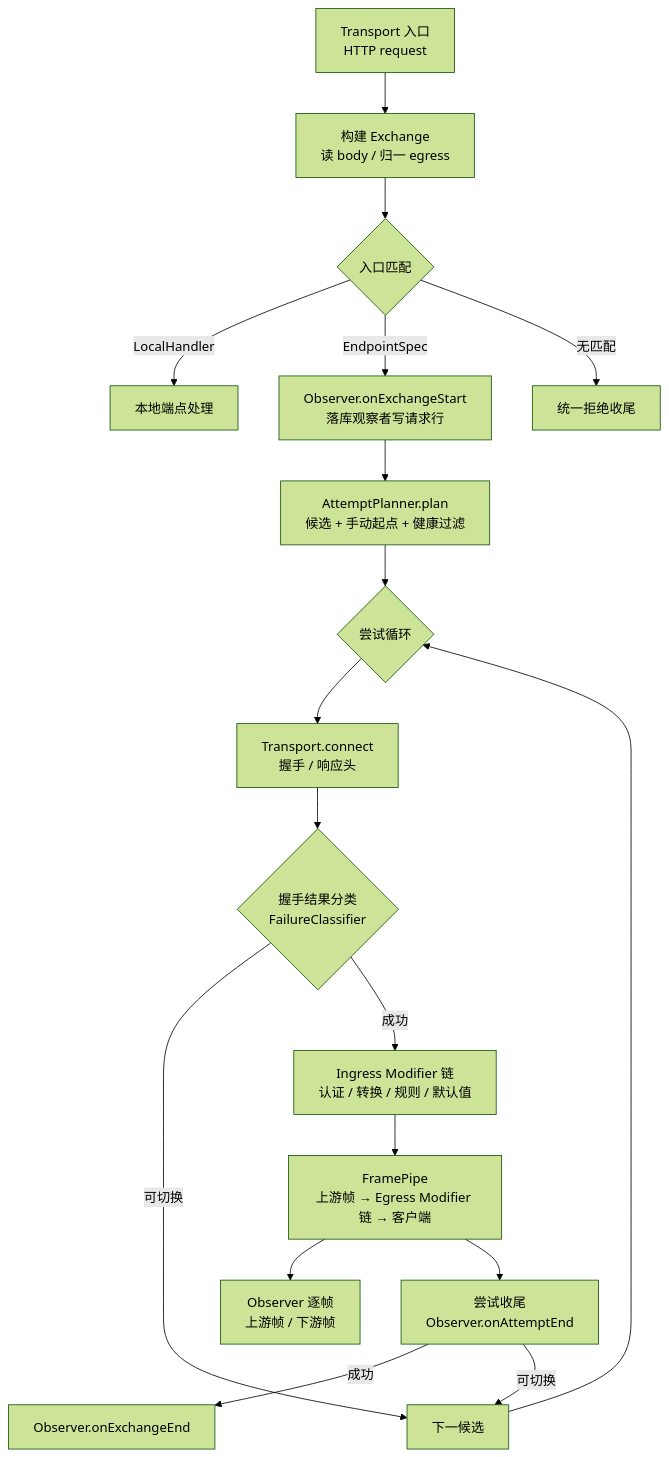
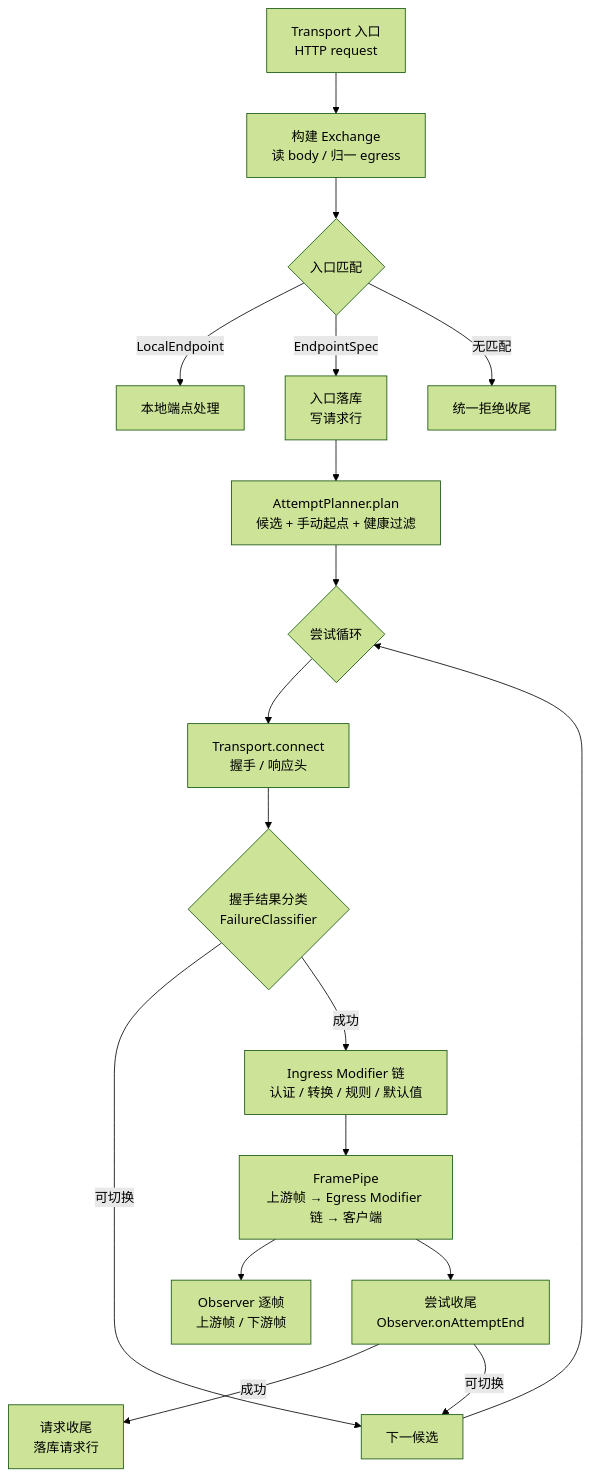
Before and after one commit to yinxulai/osw: the second of 3 diagrams in docs/product/proxy-engine.md, drawn with Mermaid (forest theme). The commit also changed other lines of this file and 43 other files, not shown here.

````diff
--- a/docs/product/proxy-engine.md
+++ b/docs/product/proxy-engine.md
@@ -477,20 +517,20 @@
 ```mermaid
 flowchart TD
   A[Transport 入口<br/>HTTP request] --> B[构建 Exchange<br/>读 body / 归一 egress]
   B --> C{入口匹配}
-  C -->|LocalHandler| D[本地端点处理]
-  C -->|EndpointSpec| E[Observer.onExchangeStart<br/>落库观察者写请求行]
+  C -->|LocalEndpoint| D[本地端点处理]
+  C -->|EndpointSpec| E[入口落库<br/>写请求行]
   C -->|无匹配| R[统一拒绝收尾]
   E --> F[AttemptPlanner.plan<br/>候选 + 手动起点 + 健康过滤]
   F --> G{尝试循环}
   G --> H[Transport.connect<br/>握手 / 响应头]
   H --> I{握手结果分类<br/>FailureClassifier}
   I -->|可切换| N
   I -->|成功| J[Ingress Modifier 链<br/>认证 / 转换 / 规则 / 默认值]
   J --> K[FramePipe<br/>上游帧 → Egress Modifier 链 → 客户端]
   K --> L[Observer 逐帧<br/>上游帧 / 下游帧]
   K --> M[尝试收尾<br/>Observer.onAttemptEnd]
-  M -->|成功| P[Observer.onExchangeEnd]
+  M -->|成功| P[请求收尾<br/>落库请求行]
   M -->|可切换| N[下一候选]
   N --> G
 ```
````
